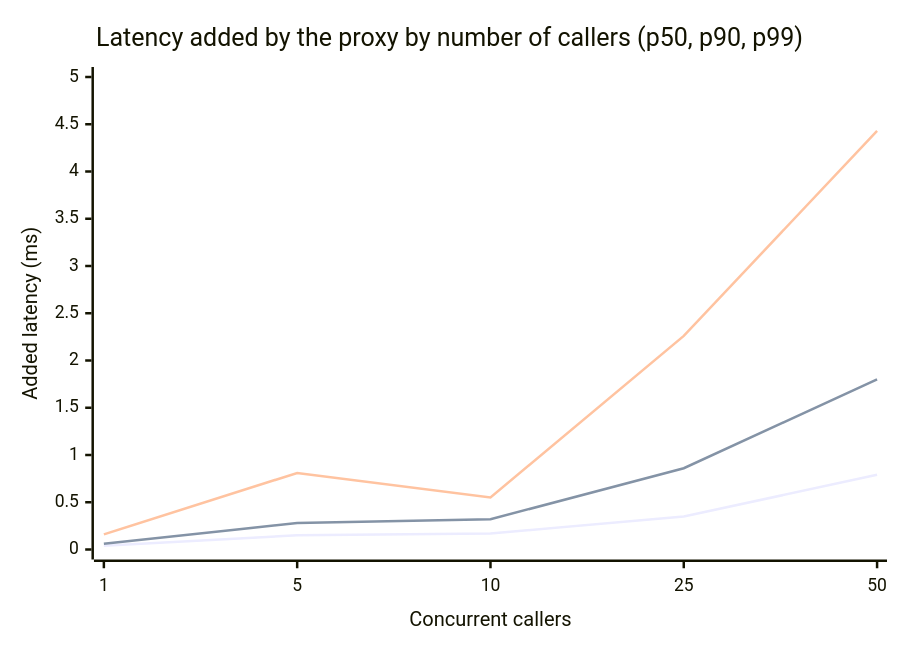
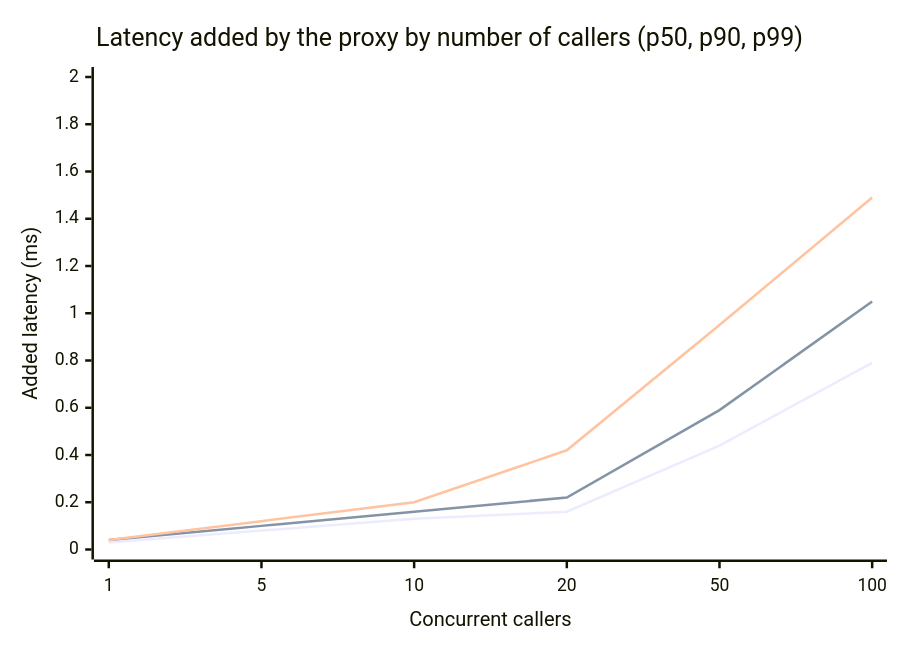
Before and after one commit to aisrael/reverse-proxy: the third of 4 diagrams in docs/benchmarks.md, drawn with Mermaid. The commit also changed other lines of this file, not shown here.

````diff
--- a/docs/benchmarks.md
+++ b/docs/benchmarks.md
@@ -79,9 +82,9 @@
 ```mermaid
 xychart-beta
     title "Latency added by the proxy by number of callers (p50, p90, p99)"
-    x-axis "Concurrent callers" ["1", "5", "10", "25", "50"]
-    y-axis "Added latency (ms)" 0 --> 5
-    line [0.04, 0.15, 0.17, 0.35, 0.79]
-    line [0.06, 0.28, 0.32, 0.86, 1.80]
-    line [0.16, 0.81, 0.55, 2.26, 4.43]
+    x-axis "Concurrent callers" ["1", "5", "10", "20", "50", "100"]
+    y-axis "Added latency (ms)" 0 --> 2
+    line [0.03, 0.08, 0.13, 0.16, 0.44, 0.79]
+    line [0.04, 0.10, 0.16, 0.22, 0.59, 1.05]
+    line [0.04, 0.12, 0.20, 0.42, 0.95, 1.49]
 ```
````
